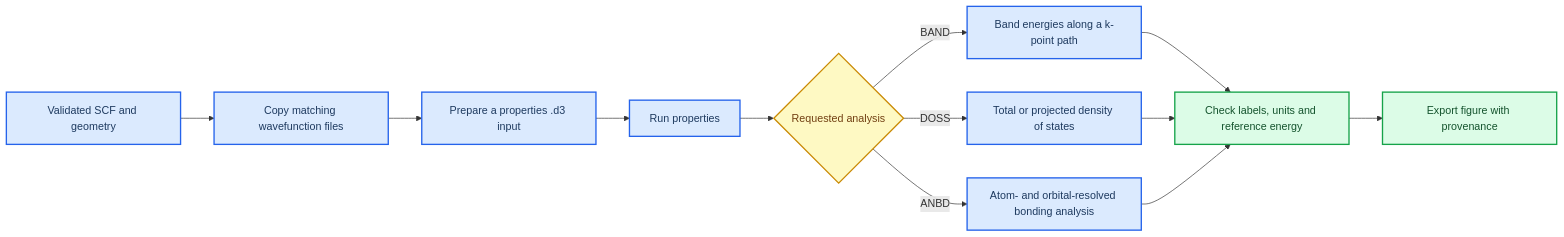
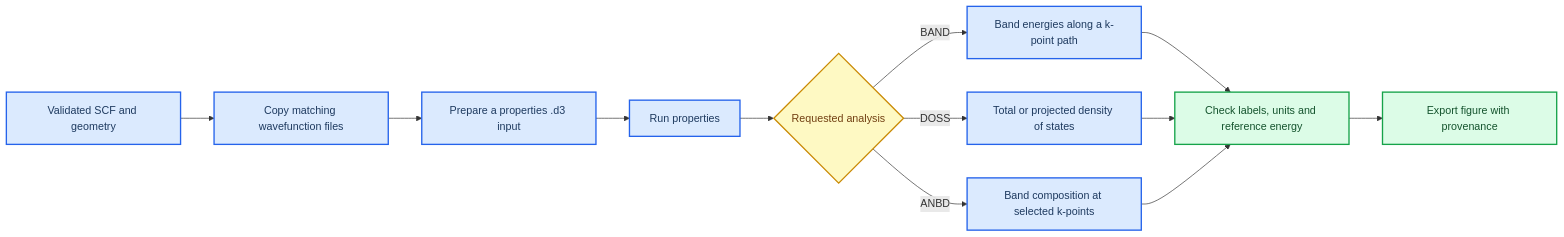
Before and after one commit to andyai53/CRYSTAL23-DFT-handbook: the diagram in docs/07-properties-overview.md, drawn with Mermaid. The commit also changed other lines of this file and 10 other files, not shown here.

````diff
--- a/docs/07-properties-overview.md
+++ b/docs/07-properties-overview.md
@@ -18,25 +18,25 @@
 ```mermaid
 flowchart LR
     accTitle: Properties Calculation Workflow
     accDescr: A validated parent calculation supplies a wavefunction to a separate properties run, which produces BAND, DOSS or ANBD data that must be checked before plotting.
 
     parent[Validated SCF and geometry] --> copy[Copy matching wavefunction files]
     copy --> d3[Prepare a properties .d3 input]
     d3 --> program[Run properties]
     program --> choice{Requested analysis}
     choice -->|BAND| band[Band energies along a k-point path]
     choice -->|DOSS| doss[Total or projected density of states]
-    choice -->|ANBD| anbd[Atom- and orbital-resolved bonding analysis]
+    choice -->|ANBD| anbd[Band composition at selected k-points]
     band --> check[Check labels, units and reference energy]
     doss --> check
     anbd --> check
     check --> figure[Export figure with provenance]
 
     classDef primary fill:#dbeafe,stroke:#2563eb,stroke-width:2px,color:#1e3a5f
     classDef decision fill:#fef9c3,stroke:#ca8a04,stroke-width:2px,color:#713f12
     classDef success fill:#dcfce7,stroke:#16a34a,stroke-width:2px,color:#14532d
 
     class parent,copy,d3,program,band,doss,anbd primary
     class choice decision
     class check,figure success
 ```
````
